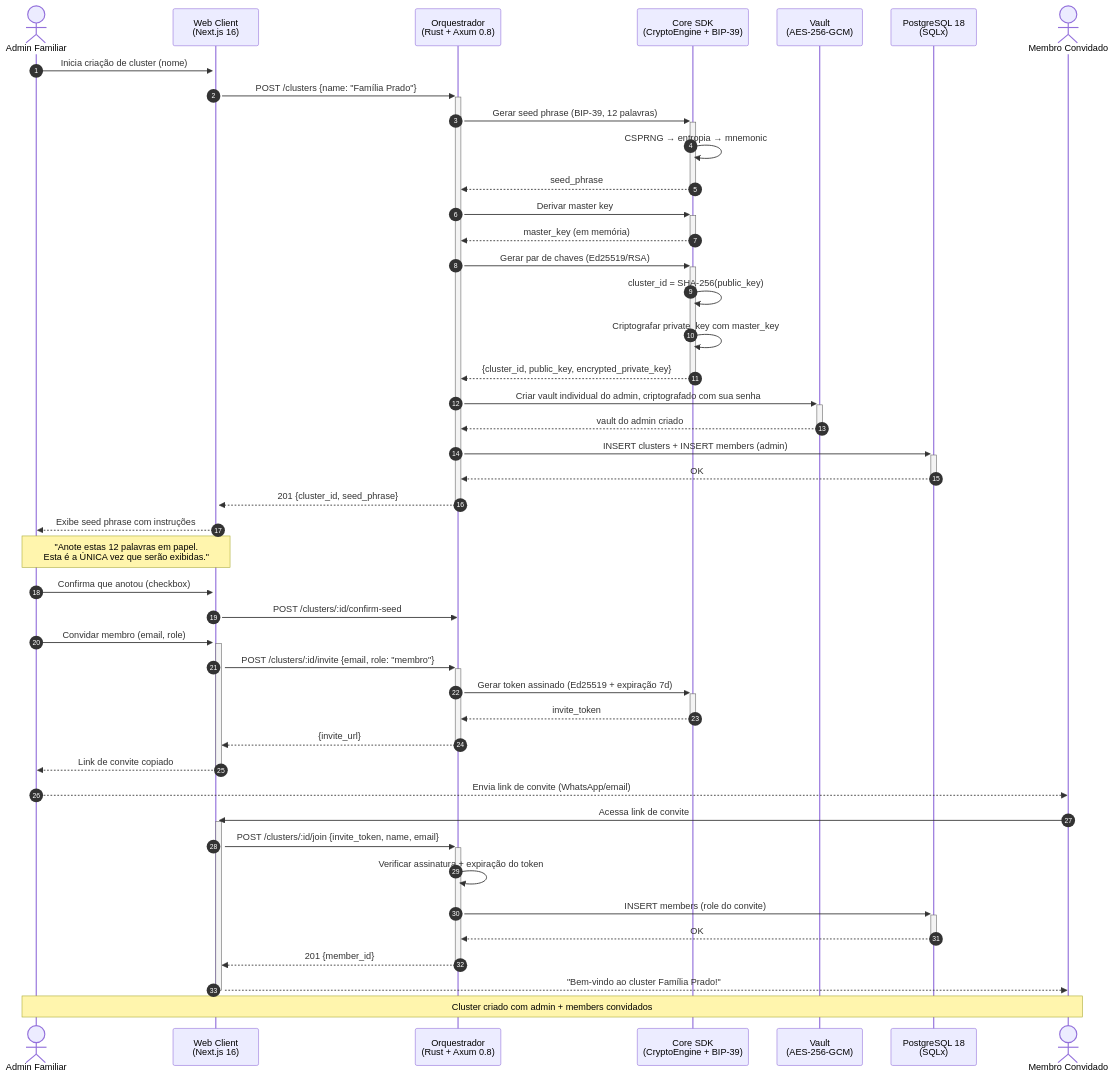
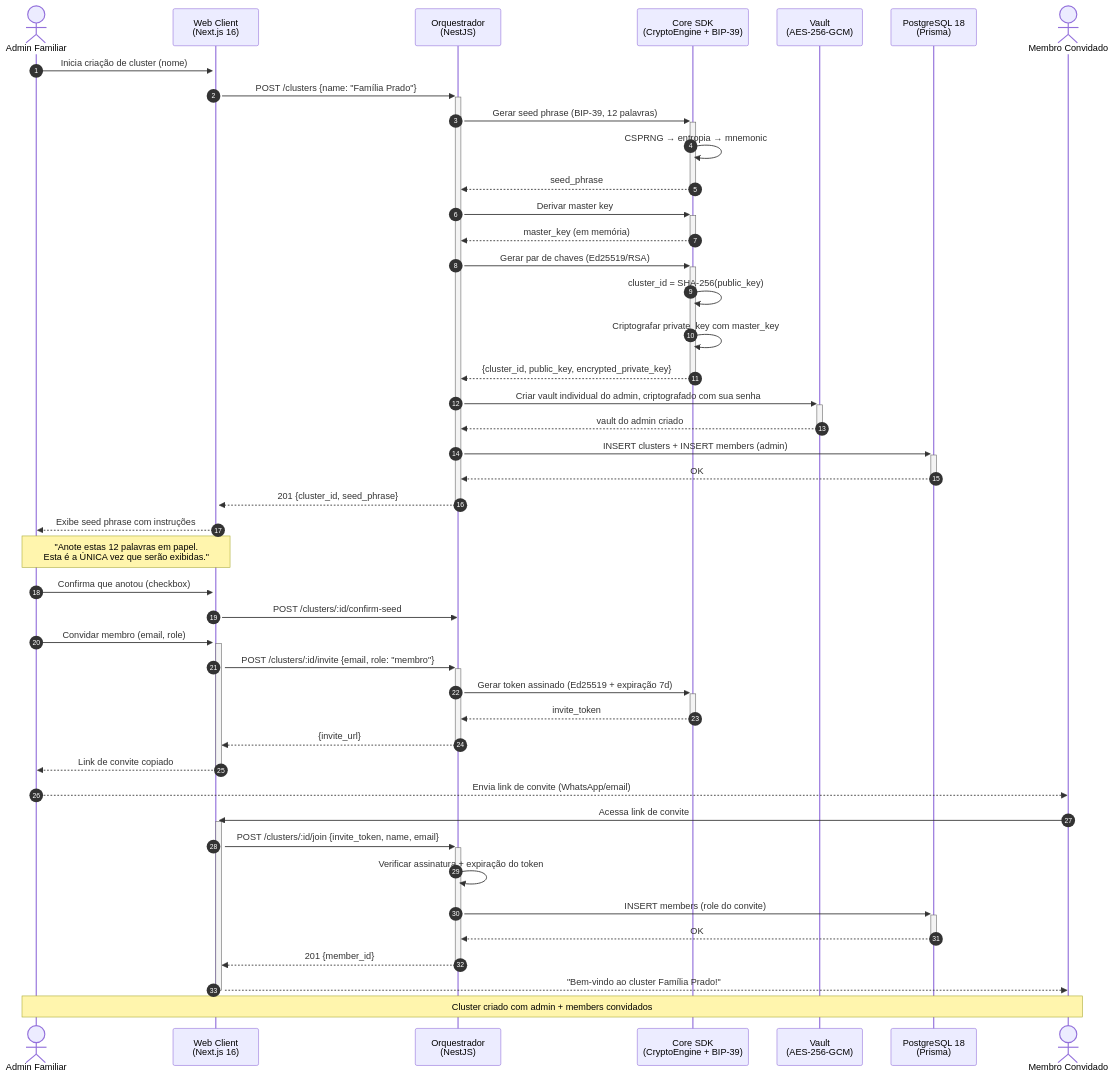
Before and after one commit to DouglasPrado/alexandria: the diagram in docs/diagrams/sequences/cluster-onboarding.mmd, drawn with Mermaid. The commit also changed 160 other files, not shown here.

```diff
--- a/docs/diagrams/sequences/cluster-onboarding.mmd
+++ b/docs/diagrams/sequences/cluster-onboarding.mmd
@@ -1,66 +1,66 @@
 %% Fluxo: Criação de Cluster e Onboarding
 %% Referência: docs/blueprint/07-critical_flows.md
 
 sequenceDiagram
     autonumber
 
     actor Admin as Admin Familiar
     participant Web as Web Client<br/>(Next.js 16)
-    participant API as Orquestrador<br/>(Rust + Axum 0.8)
+    participant API as Orquestrador<br/>(NestJS)
     participant SDK as Core SDK<br/>(CryptoEngine + BIP-39)
     participant Vault as Vault<br/>(AES-256-GCM)
-    participant DB as PostgreSQL 18<br/>(SQLx)
+    participant DB as PostgreSQL 18<br/>(Prisma)
     actor Membro as Membro Convidado
 
     %% Criação do cluster
     Admin ->>+ Web: Inicia criação de cluster (nome)
     Web ->>+ API: POST /clusters {name: "Família Prado"}
 
     API ->>+ SDK: Gerar seed phrase (BIP-39, 12 palavras)
     SDK ->> SDK: CSPRNG → entropia → mnemonic
     SDK -->>- API: seed_phrase
 
     API ->>+ SDK: Derivar master key
     SDK -->>- API: master_key (em memória)
 
     API ->>+ SDK: Gerar par de chaves (Ed25519/RSA)
     SDK ->> SDK: cluster_id = SHA-256(public_key)
     SDK ->> SDK: Criptografar private_key com master_key
     SDK -->>- API: {cluster_id, public_key, encrypted_private_key}
 
     API ->>+ Vault: Criar vault individual do admin, criptografado com sua senha
     Vault -->>- API: vault do admin criado
 
     API ->>+ DB: INSERT clusters + INSERT members (admin)
     DB -->>- API: OK
 
     API -->>- Web: 201 {cluster_id, seed_phrase}
     Web -->> Admin: Exibe seed phrase com instruções
 
     Note over Admin, Web: "Anote estas 12 palavras em papel.<br/>Esta é a ÚNICA vez que serão exibidas."
 
     Admin ->> Web: Confirma que anotou (checkbox)
     Web ->> API: POST /clusters/:id/confirm-seed
 
     %% Convite de membros
     Admin ->>+ Web: Convidar membro (email, role)
     Web ->>+ API: POST /clusters/:id/invite {email, role: "membro"}
 
     API ->>+ SDK: Gerar token assinado (Ed25519 + expiração 7d)
     SDK -->>- API: invite_token
 
     API -->>- Web: {invite_url}
     Web -->>- Admin: Link de convite copiado
 
     Admin -->> Membro: Envia link de convite (WhatsApp/email)
 
     %% Aceite
     Membro ->>+ Web: Acessa link de convite
     Web ->>+ API: POST /clusters/:id/join {invite_token, name, email}
     API ->> API: Verificar assinatura + expiração do token
     API ->>+ DB: INSERT members (role do convite)
     DB -->>- API: OK
     API -->>- Web: 201 {member_id}
     Web -->>- Membro: "Bem-vindo ao cluster Família Prado!"
 
     Note over Admin, Membro: Cluster criado com admin + members convidados
```
